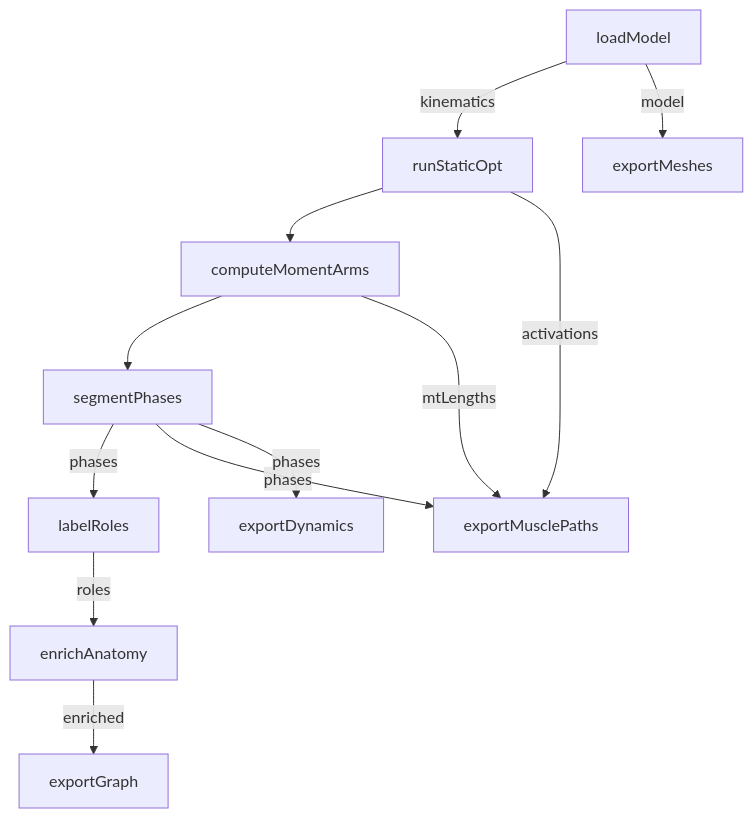
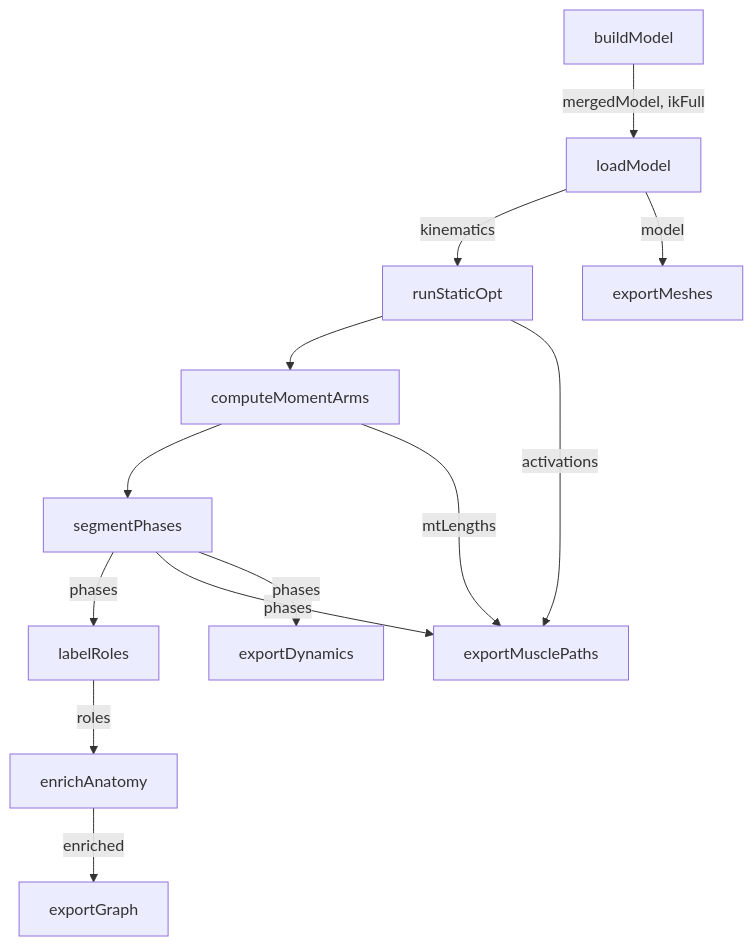
The diagram in generated/diagrams/pipeline.mmd (argent0/bio-mechanics), drawn with Mermaid before and after one commit. The commit also changed 5 other files, not shown here.

Commit message:
Add stage buildModel before loadModel (D-008..D-010) Later stages read data/work/model.osim and ik_full.mot

```diff
--- a/generated/diagrams/pipeline.mmd
+++ b/generated/diagrams/pipeline.mmd
@@ -1,23 +1,25 @@
 %% Generated by `lake exe gen` from spec/BioMech/Pipeline.lean. Edit the Lean source, then regenerate: cd spec && lake exe gen
 flowchart TB
+  n_buildModel["buildModel"]
   n_loadModel["loadModel"]
   n_runStaticOpt["runStaticOpt"]
   n_computeMomentArms["computeMomentArms"]
   n_segmentPhases["segmentPhases"]
   n_labelRoles["labelRoles"]
   n_enrichAnatomy["enrichAnatomy"]
   n_exportGraph["exportGraph"]
   n_exportMeshes["exportMeshes"]
   n_exportMusclePaths["exportMusclePaths"]
   n_exportDynamics["exportDynamics"]
+  n_buildModel -->|"mergedModel, ikFull"| n_loadModel
   n_loadModel -->|"kinematics"| n_runStaticOpt
   n_runStaticOpt --> n_computeMomentArms
   n_computeMomentArms --> n_segmentPhases
   n_segmentPhases -->|"phases"| n_labelRoles
   n_labelRoles -->|"roles"| n_enrichAnatomy
   n_enrichAnatomy -->|"enriched"| n_exportGraph
   n_loadModel -->|"model"| n_exportMeshes
   n_computeMomentArms -->|"mtLengths"| n_exportMusclePaths
   n_runStaticOpt -->|"activations"| n_exportMusclePaths
   n_segmentPhases -->|"phases"| n_exportMusclePaths
   n_segmentPhases -->|"phases"| n_exportDynamics
```
